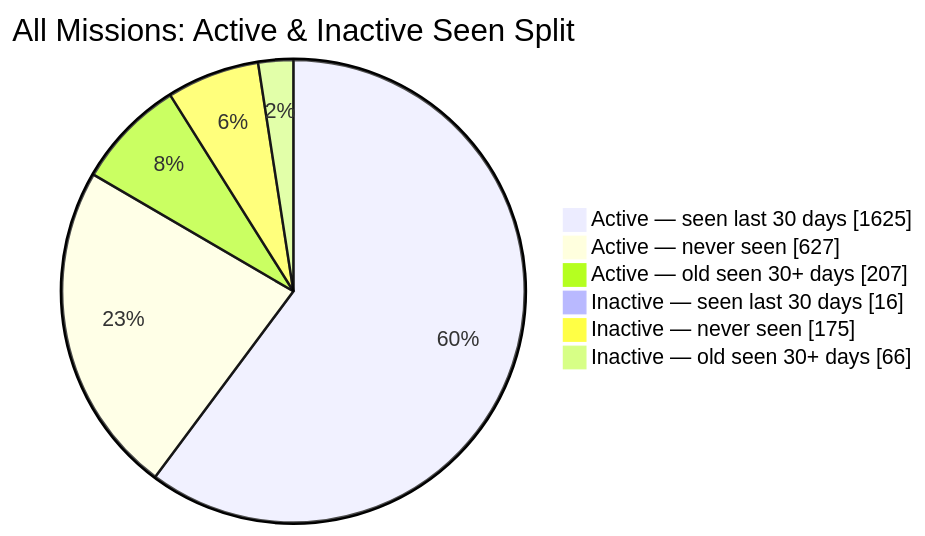
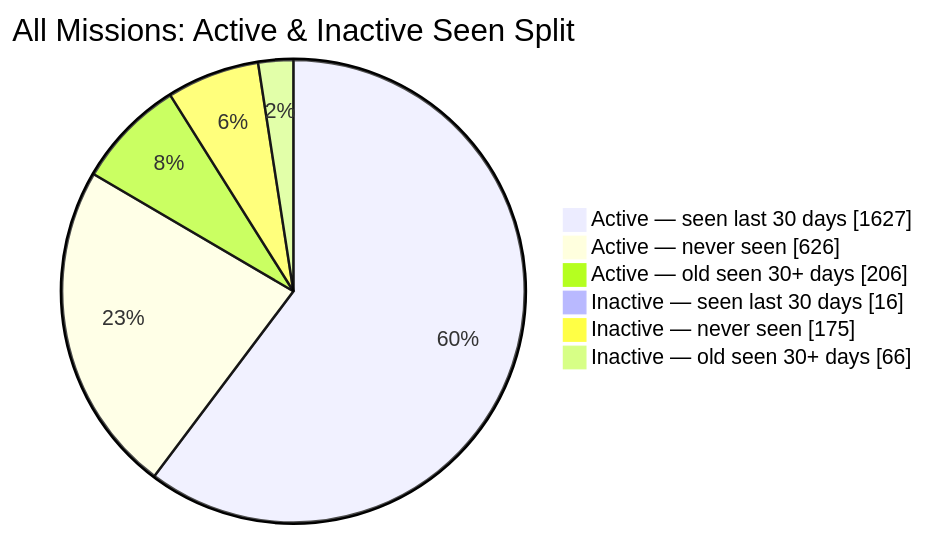
The second of 2 diagrams in README.md (MeldkamerspelGameTeam/active-missions), drawn with Mermaid before and after one commit. The commit also changed other lines of this file and 4 other files, not shown here.

````diff
--- a/README.md
+++ b/README.md
@@ -44,10 +44,10 @@
 ```mermaid
 pie showData
     title All Missions: Active & Inactive Seen Split
-    "Active — seen last 30 days" : 1625
-    "Active — never seen" : 627
-    "Active — old seen 30+ days" : 207
+    "Active — seen last 30 days" : 1627
+    "Active — never seen" : 626
+    "Active — old seen 30+ days" : 206
     "Inactive — seen last 30 days" : 16
     "Inactive — never seen" : 175
     "Inactive — old seen 30+ days" : 66
 ```
````
